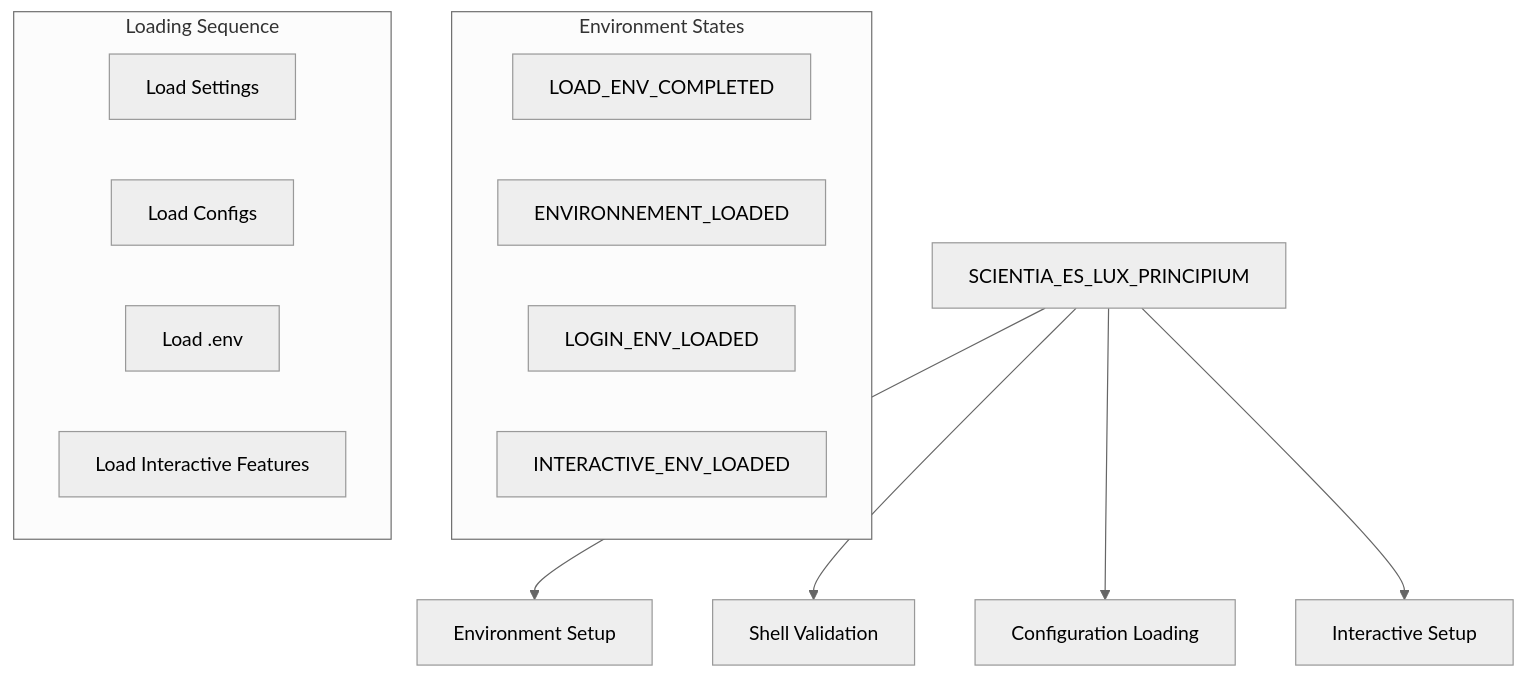
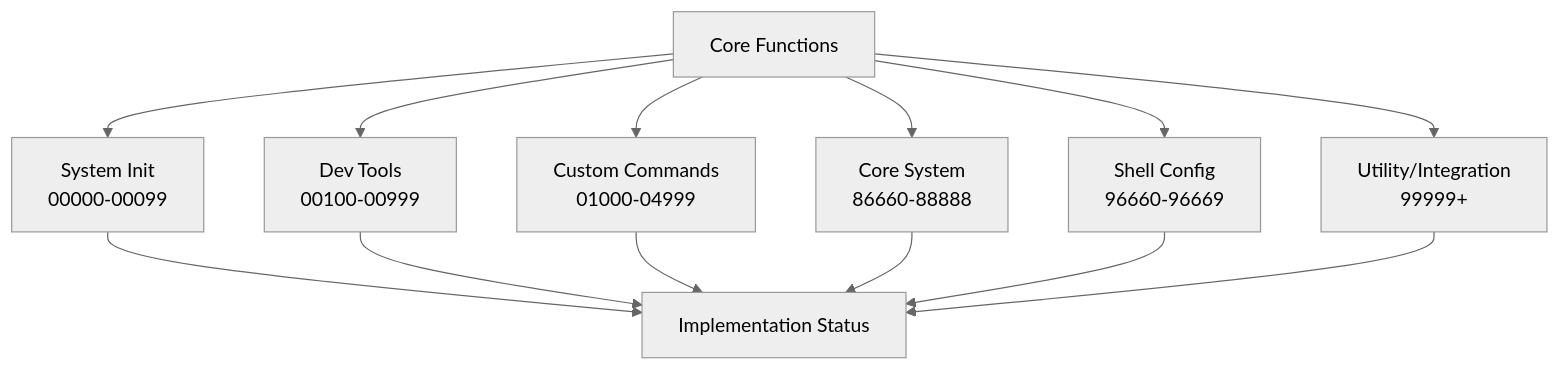
Before and after one commit to LuxciumProject/ahmyzsh: the first of 2 diagrams in memory-bank/activeContext.md, drawn with Mermaid (neutral theme). The commit also changed other lines of this file and 5 other files, not shown here.

````diff
--- a/memory-bank/activeContext.md
+++ b/memory-bank/activeContext.md
@@ -11,21 +14,16 @@
 ```mermaid
-graph TB
-    A[SCIENTIA_ES_LUX_PRINCIPIUM] --> B[Environment Setup]
-    A --> C[Shell Validation]
-    A --> D[Configuration Loading]
-    A --> E[Interactive Setup]
+graph TD
+    A[Core Functions] --> B[System Init<br>00000-00099]
+    A --> C[Dev Tools<br>00100-00999]
+    A --> D[Custom Commands<br>01000-04999]
+    A --> E[Core System<br>86660-88888]
+    A --> F[Shell Config<br>96660-96669]
+    A --> G[Utility/Integration<br>99999+]
 
-    subgraph "Environment States"
-        B1[LOAD_ENV_COMPLETED]
-        B2[ENVIRONNEMENT_LOADED]
-        B3[LOGIN_ENV_LOADED]
-        B4[INTERACTIVE_ENV_LOADED]
-    end
-
-    subgraph "Loading Sequence"
-        L1[Load Settings]
-        L2[Load Configs]
-        L3[Load .env]
-        L4[Load Interactive Features]
-    end
+    B --> H[Implementation Status]
+    C --> H
+    D --> H
+    E --> H
+    F --> H
+    G --> H
 ```
````
